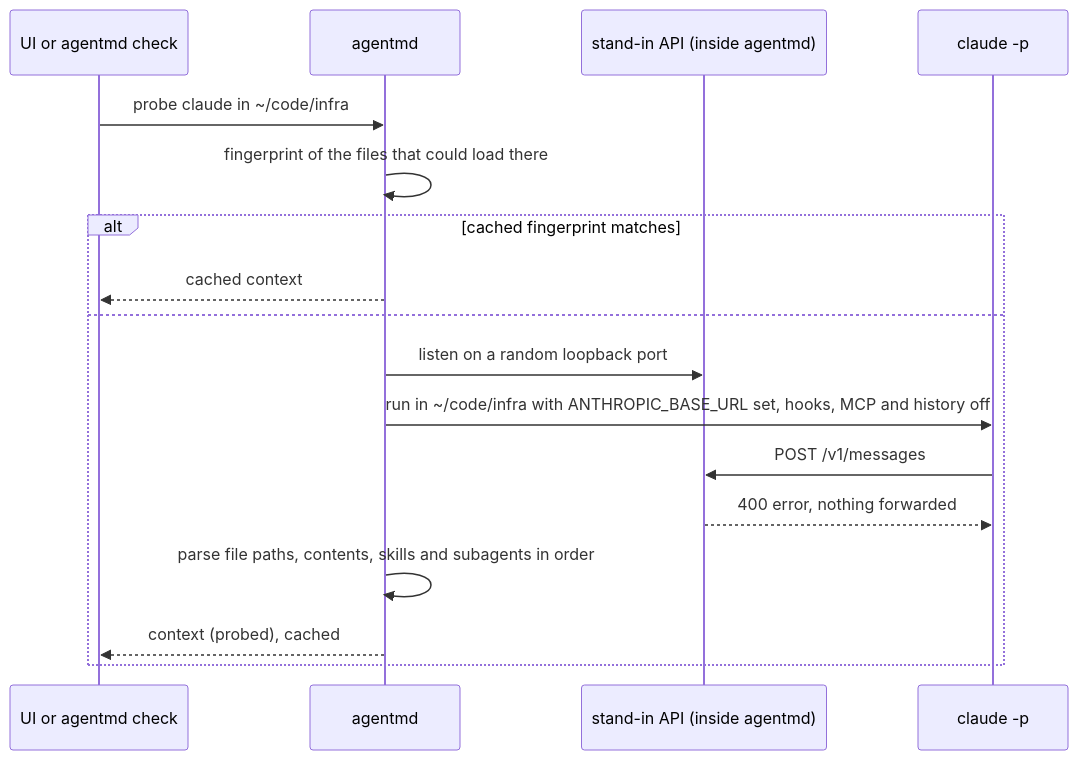
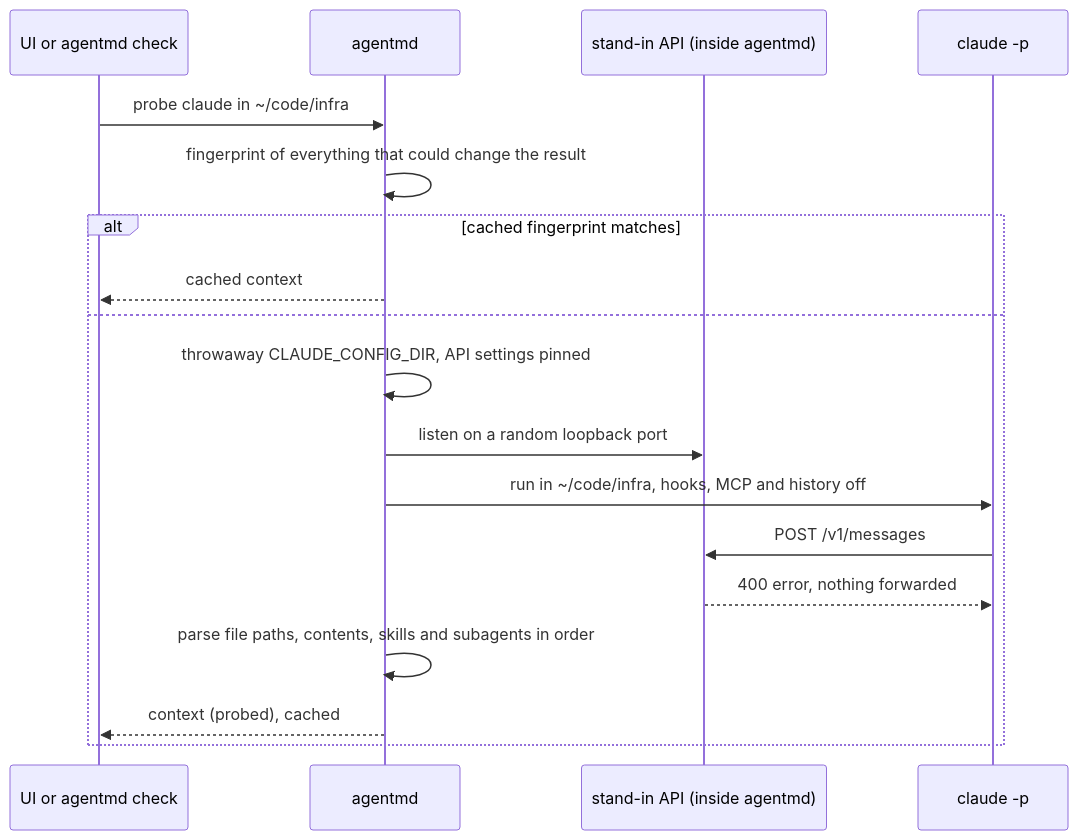
Before and after one commit to ViktorBarzin/agentmd: the second of 4 diagrams in docs/plans/2026-09-26-agentmd-v1.md, drawn with Mermaid. The commit also changed other lines of this file and 12 other files, not shown here.

````diff
--- a/docs/plans/2026-09-26-agentmd-v1.md
+++ b/docs/plans/2026-09-26-agentmd-v1.md
@@ -122,19 +133,20 @@
 ```mermaid
 sequenceDiagram
   participant UI as UI or agentmd check
   participant M as agentmd
   participant API as stand-in API (inside agentmd)
   participant CC as claude -p
   UI->>M: probe claude in ~/code/infra
-  M->>M: fingerprint of the files that could load there
+  M->>M: fingerprint of everything that could change the result
   alt cached fingerprint matches
     M-->>UI: cached context
   else
+    M->>M: throwaway CLAUDE_CONFIG_DIR, API settings pinned
     M->>API: listen on a random loopback port
-    M->>CC: run in ~/code/infra with ANTHROPIC_BASE_URL set, hooks, MCP and history off
+    M->>CC: run in ~/code/infra, hooks, MCP and history off
     CC->>API: POST /v1/messages
     API-->>CC: 400 error, nothing forwarded
     M->>M: parse file paths, contents, skills and subagents in order
     M-->>UI: context (probed), cached
   end
 ```
````
